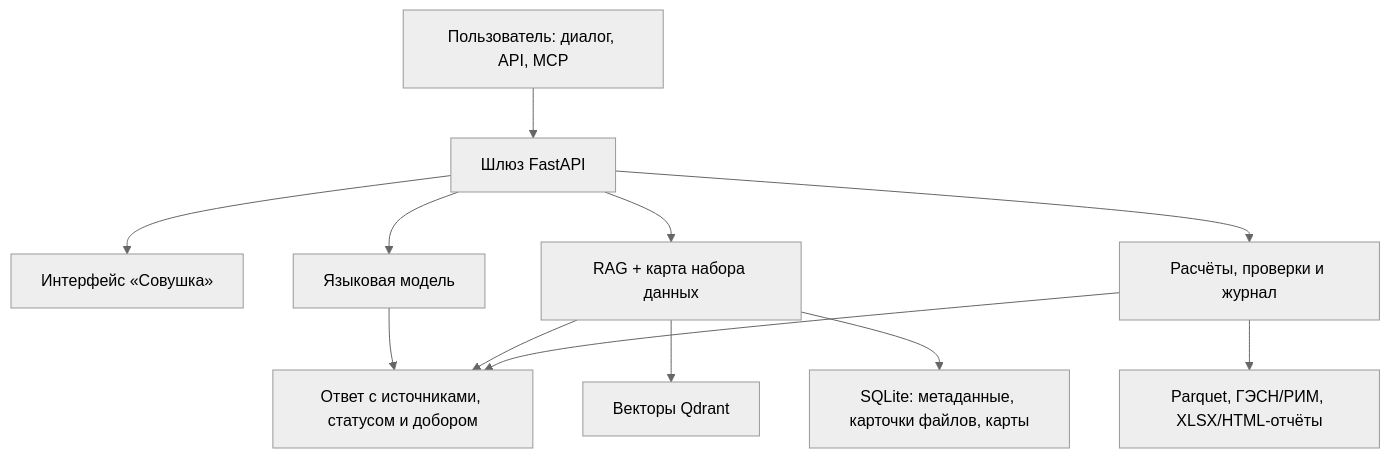
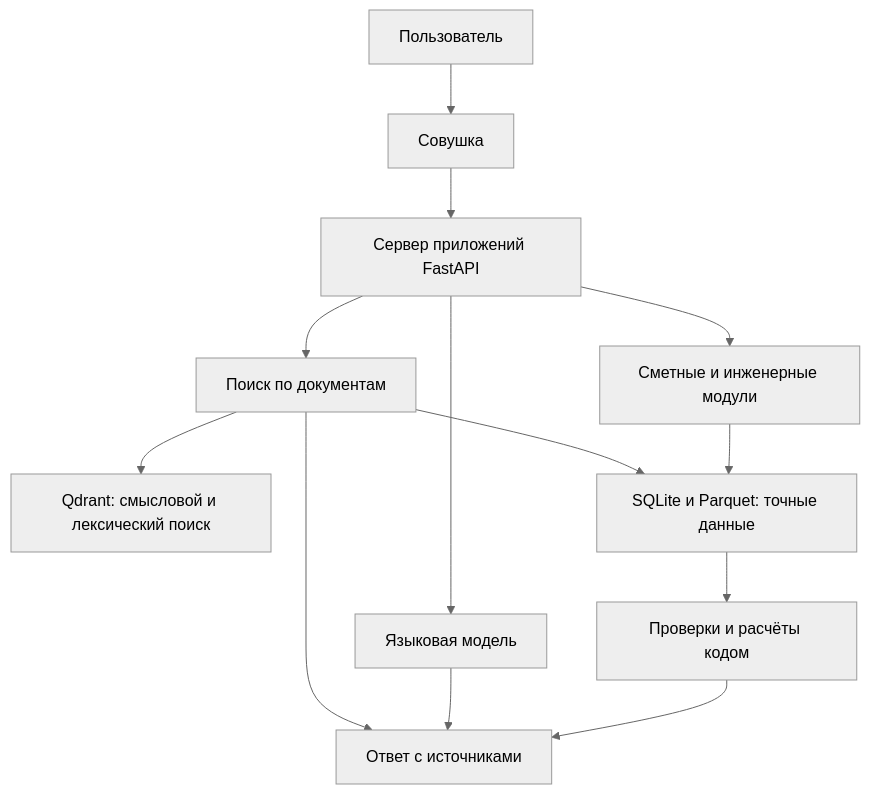
Before and after one commit to proovcme/les_rag_public: the diagram in README.md, drawn with Mermaid (neutral theme). The commit also changed other lines of this file and 562 other files, not shown here.

````diff
--- a/README.md
+++ b/README.md
@@ -41,14 +110,15 @@
 ```mermaid
 flowchart TB
-    U["Пользователь: диалог, API, MCP"] --> P["Шлюз FastAPI"]
-    P --> S["Интерфейс «Совушка»"]
+    U["Пользователь"] --> UI["Совушка"]
+    UI --> P["Сервер приложений FastAPI"]
+    P --> R["Поиск по документам"]
+    P --> S["Сметные и инженерные модули"]
     P --> M["Языковая модель"]
-    P --> R["RAG + карта набора данных"]
-    P --> C["Расчёты, проверки и журнал"]
-    R --> Q["Векторы Qdrant"]
-    R --> DB["SQLite: метаданные, карточки файлов, карты"]
-    C --> T["Parquet, ГЭСН/РИМ, XLSX/HTML-отчёты"]
-    M --> A["Ответ с источниками, статусом и добором"]
-    R --> A
+    R --> Q["Qdrant: смысловой и лексический поиск"]
+    R --> D["SQLite и Parquet: точные данные"]
+    S --> D
+    D --> C["Проверки и расчёты кодом"]
+    R --> A["Ответ с источниками"]
+    M --> A
     C --> A
 ```
````
